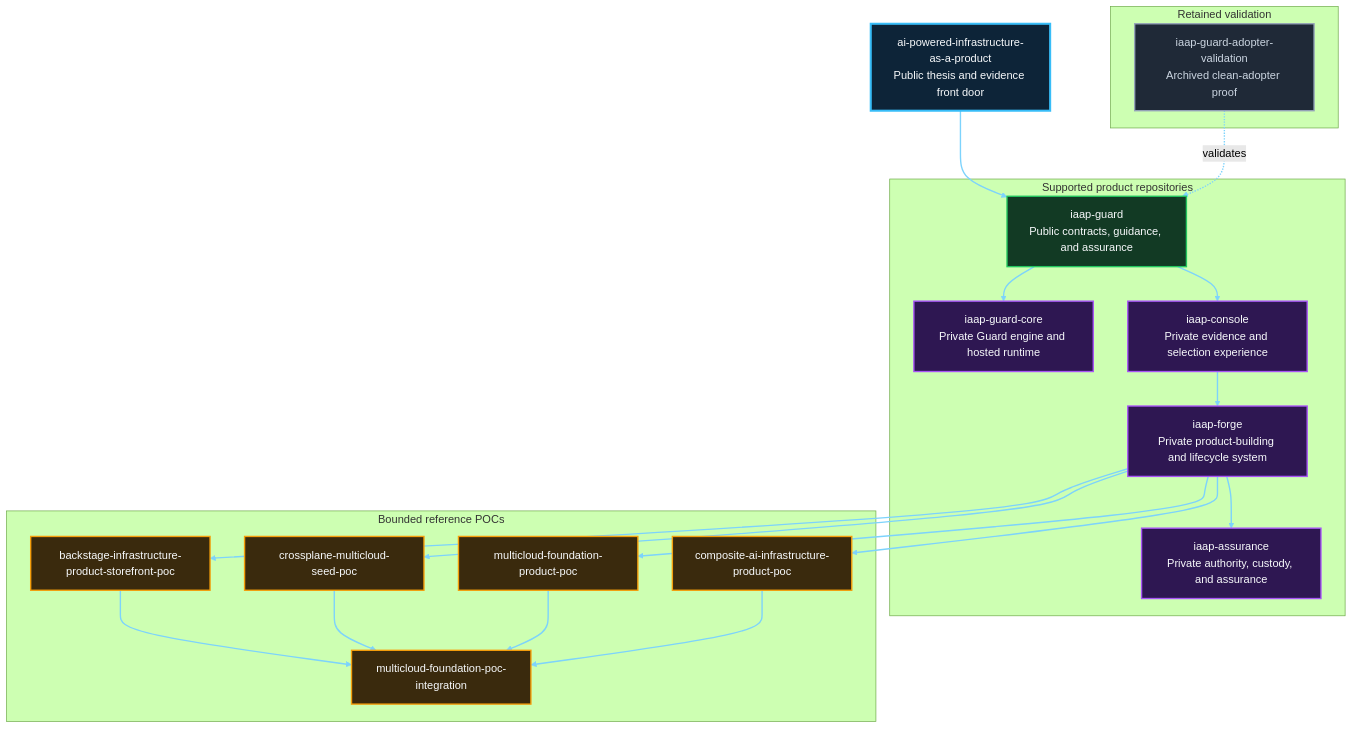
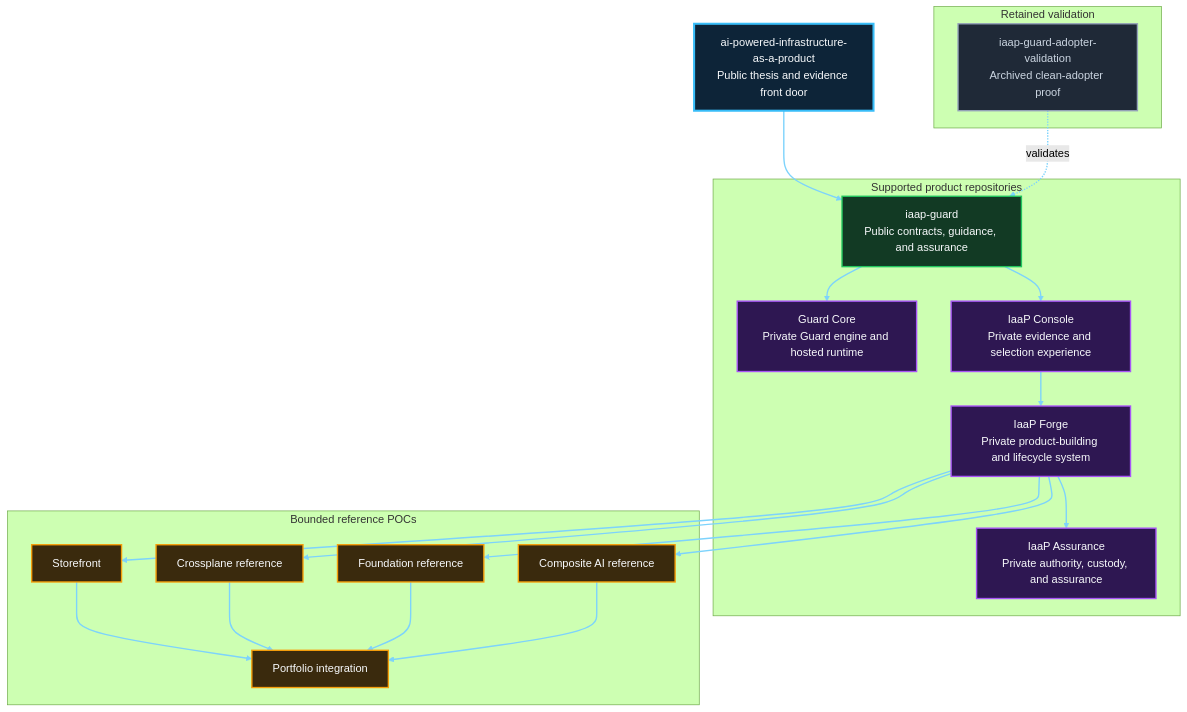
The fifth of 7 diagrams in README.md (InfrastructureProductWorks/ai-powered-infrastructure-as-a-product), drawn with Mermaid (forest theme) before and after one commit. The commit also changed other lines of this file and 17 other files, not shown here.

````diff
--- a/README.md
+++ b/README.md
@@ -549,53 +549,53 @@
 ```mermaid
 flowchart TB
   FRONT["ai-powered-infrastructure-as-a-product<br/>Public thesis and evidence front door"]
 
   subgraph PRODUCTS["Supported product repositories"]
     GUARD["iaap-guard<br/>Public contracts, guidance, and assurance"]
-    CORE["iaap-guard-core<br/>Private Guard engine and hosted runtime"]
-    CONSOLE["iaap-console<br/>Private evidence and selection experience"]
-    FORGE["iaap-forge<br/>Private product-building and lifecycle system"]
-    ASSURANCE["iaap-assurance<br/>Private authority, custody, and assurance"]
+    CORE["Guard Core<br/>Private Guard engine and hosted runtime"]
+    CONSOLE["IaaP Console<br/>Private evidence and selection experience"]
+    FORGE["IaaP Forge<br/>Private product-building and lifecycle system"]
+    ASSURANCE["IaaP Assurance<br/>Private authority, custody, and assurance"]
   end
 
   subgraph POCS["Bounded reference POCs"]
-    STORE["backstage-infrastructure-product-storefront-poc"]
-    SEED["crossplane-multicloud-seed-poc"]
-    FOUNDATION["multicloud-foundation-product-poc"]
-    COMPOSITE["composite-ai-infrastructure-product-poc"]
-    INTEGRATION["multicloud-foundation-poc-integration"]
+    STORE["Storefront"]
+    SEED["Crossplane reference"]
+    FOUNDATION["Foundation reference"]
+    COMPOSITE["Composite AI reference"]
+    INTEGRATION["Portfolio integration"]
   end
 
   subgraph RETAINED["Retained validation"]
     ADOPTER["iaap-guard-adopter-validation<br/>Archived clean-adopter proof"]
   end
 
   FRONT --> GUARD
   GUARD --> CORE
   GUARD --> CONSOLE
   CONSOLE --> FORGE
   FORGE --> ASSURANCE
   FORGE --> STORE
   FORGE --> SEED
   FORGE --> FOUNDATION
   FORGE --> COMPOSITE
   STORE --> INTEGRATION
   SEED --> INTEGRATION
   FOUNDATION --> INTEGRATION
   COMPOSITE --> INTEGRATION
   ADOPTER -. validates .-> GUARD
 
   classDef front fill:#0D2438,stroke:#38BDF8,stroke-width:3px,color:#F8FAFC
   classDef public fill:#123A24,stroke:#22C55E,stroke-width:2px,color:#F8FAFC
   classDef private fill:#2E1752,stroke:#A855F7,stroke-width:2px,color:#F8FAFC
   classDef internal fill:#102D55,stroke:#3B82F6,stroke-width:2px,color:#F8FAFC
   classDef poc fill:#3A2A0D,stroke:#F59E0B,stroke-width:2px,color:#F8FAFC
   classDef archived fill:#1F2937,stroke:#94A3B8,stroke-width:2px,color:#CBD5E1
 
   class FRONT front
   class GUARD public
   class CORE,CONSOLE,FORGE,ASSURANCE private
   class STORE,SEED,FOUNDATION,COMPOSITE,INTEGRATION poc
   class ADOPTER archived
   linkStyle default stroke:#7DD3FC,stroke-width:2px
 ```
````
